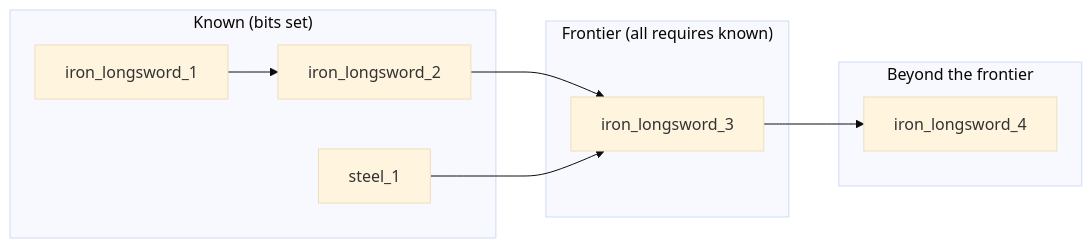
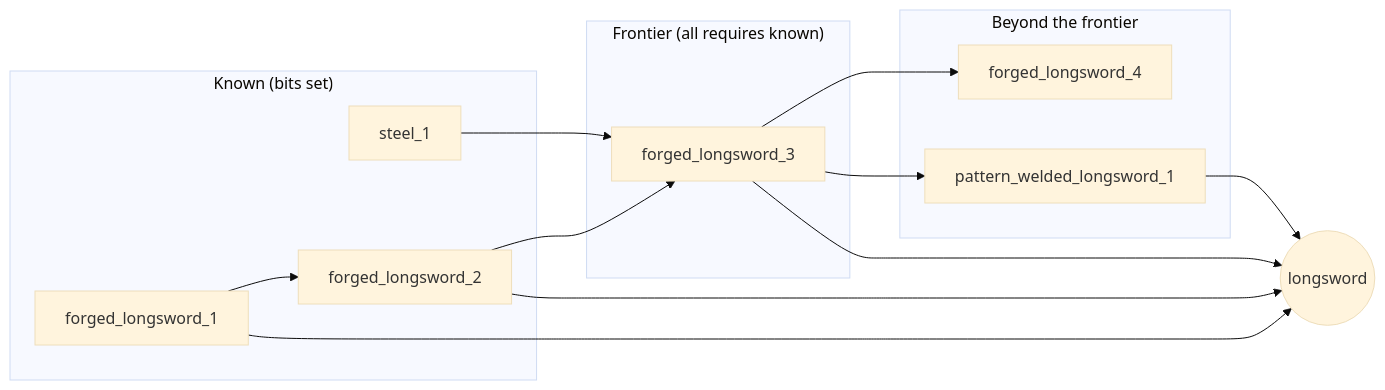
The diagram in docs/design/inventions.md (JohnnyNewman/Econoplex2), drawn with Mermaid (base theme) before and after one commit. The commit also changed other lines of this file, not shown here.

````diff
--- a/docs/design/inventions.md
+++ b/docs/design/inventions.md
@@ -53,16 +65,22 @@
 ```mermaid
 flowchart LR
     subgraph known["Known (bits set)"]
         S1[steel_1]
-        L1[iron_longsword_1] --> L2[iron_longsword_2]
+        L1[forged_longsword_1] --> L2[forged_longsword_2]
     end
     subgraph frontier["Frontier (all requires known)"]
-        L3[iron_longsword_3]
+        L3[forged_longsword_3]
     end
     subgraph hidden["Beyond the frontier"]
-        L4[iron_longsword_4]
+        L4[forged_longsword_4]
+        P1[pattern_welded_longsword_1]
     end
     L2 --> L3
     S1 --> L3
     L3 --> L4
+    L3 --> P1
+    P1 --> G((longsword))
+    L3 --> G
+    L2 --> G
+    L1 --> G
 ```
````
